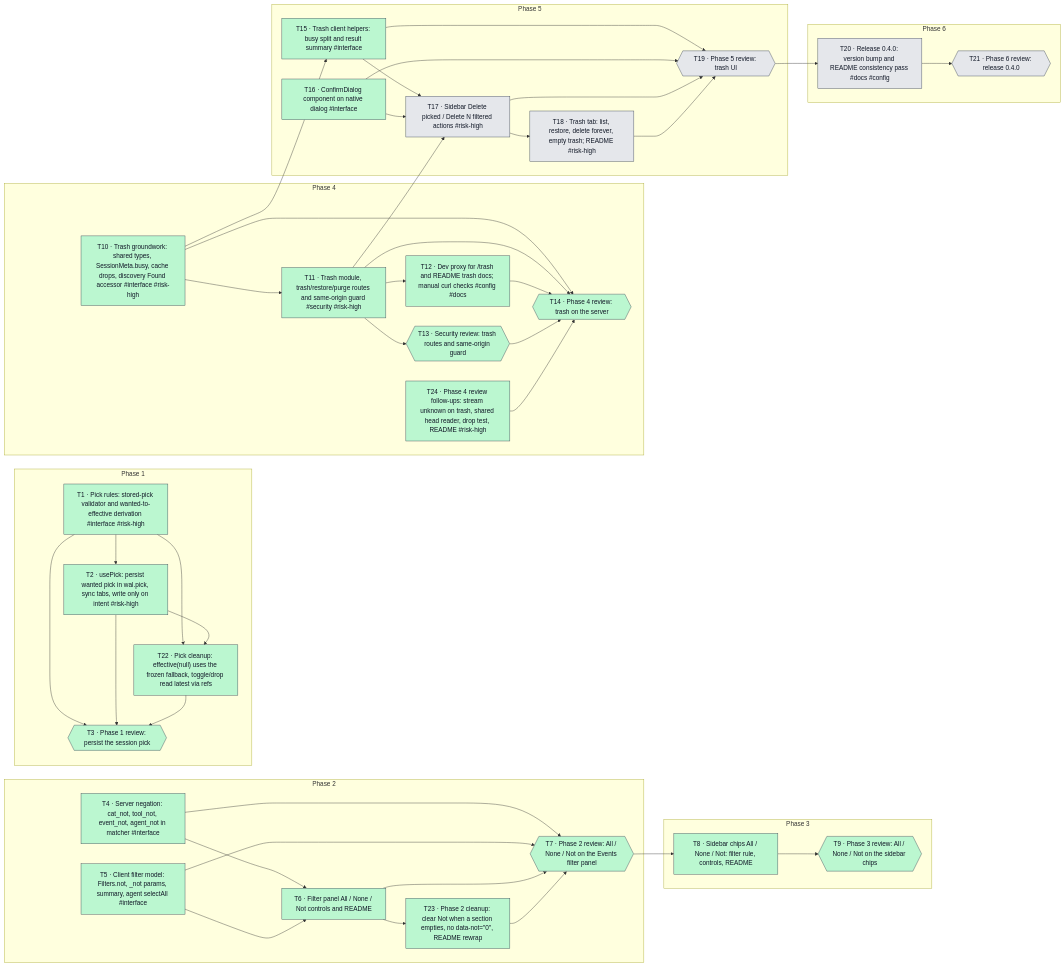
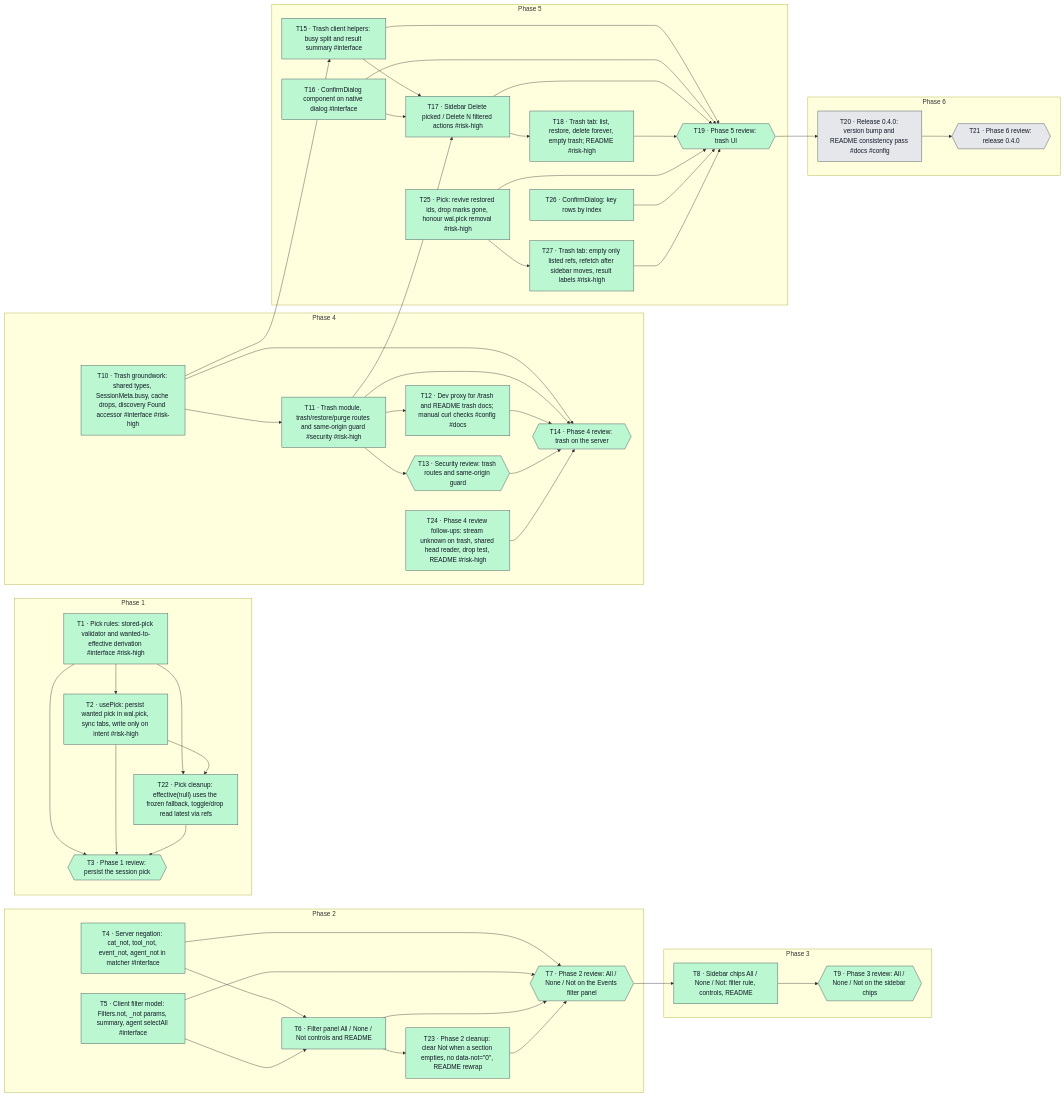
One commit to raqs31/claude-wal-session-viewer changed the diagram in .ai/changes/wal-observer-pick-persist-trash-filter-negation/graph.mmd. Above: the diagram before and after it, drawn with Mermaid. The commit also changed 23 other files, not shown here.

First line of the commit message:
feat(web): delete sessions to trash from the sidebar, Trash tab

```diff
--- a/.ai/changes/wal-observer-pick-persist-trash-filter-negation/graph.mmd
+++ b/.ai/changes/wal-observer-pick-persist-trash-filter-negation/graph.mmd
@@ -1,102 +1,112 @@
 flowchart LR
   classDef todo fill:#e5e7eb,stroke:#374151,color:#111827
   classDef in_progress fill:#bfdbfe,stroke:#374151,color:#111827
   classDef review fill:#ddd6fe,stroke:#374151,color:#111827
   classDef blocked fill:#fecaca,stroke:#374151,color:#111827
   classDef user_review fill:#fde68a,stroke:#374151,color:#111827
   classDef done fill:#bbf7d0,stroke:#374151,color:#111827
   classDef declined fill:#f3f4f6,stroke:#374151,color:#111827
   subgraph phase_1["Phase 1"]
     T1["T1 · Pick rules: stored-pick validator and wanted-to-effective derivation #interface #risk-high"]
     T2["T2 · usePick: persist wanted pick in wal.pick, sync tabs, write only on intent #risk-high"]
     T3{{"T3 · Phase 1 review: persist the session pick"}}
     T22["T22 · Pick cleanup: effective(null) uses the frozen fallback, toggle/drop read latest via refs"]
   end
   subgraph phase_2["Phase 2"]
     T4["T4 · Server negation: cat_not, tool_not, event_not, agent_not in matcher #interface"]
     T5["T5 · Client filter model: Filters.not, _not params, summary, agent selectAll #interface"]
     T6["T6 · Filter panel All / None / Not controls and README"]
     T7{{"T7 · Phase 2 review: All / None / Not on the Events filter panel"}}
     T23["T23 · Phase 2 cleanup: clear Not when a section empties, no data-not=#quot;0#quot;, README rewrap"]
   end
   subgraph phase_3["Phase 3"]
     T8["T8 · Sidebar chips All / None / Not: filter rule, controls, README"]
     T9{{"T9 · Phase 3 review: All / None / Not on the sidebar chips"}}
   end
   subgraph phase_4["Phase 4"]
     T10["T10 · Trash groundwork: shared types, SessionMeta.busy, cache drops, discovery Found accessor #interface #risk-high"]
     T11["T11 · Trash module, trash/restore/purge routes and same-origin guard #security #risk-high"]
     T12["T12 · Dev proxy for /trash and README trash docs; manual curl checks #config #docs"]
     T13{{"T13 · Security review: trash routes and same-origin guard"}}
     T14{{"T14 · Phase 4 review: trash on the server"}}
     T24["T24 · Phase 4 review follow-ups: stream unknown on trash, shared head reader, drop test, README #risk-high"]
   end
   subgraph phase_5["Phase 5"]
     T15["T15 · Trash client helpers: busy split and result summary #interface"]
     T16["T16 · ConfirmDialog component on native dialog #interface"]
     T17["T17 · Sidebar Delete picked / Delete N filtered actions #risk-high"]
     T18["T18 · Trash tab: list, restore, delete forever, empty trash; README #risk-high"]
     T19{{"T19 · Phase 5 review: trash UI"}}
+    T25["T25 · Pick: revive restored ids, drop marks gone, honour wal.pick removal #risk-high"]
+    T26["T26 · ConfirmDialog: key rows by index"]
+    T27["T27 · Trash tab: empty only listed refs, refetch after sidebar moves, result labels #risk-high"]
   end
   subgraph phase_6["Phase 6"]
     T20["T20 · Release 0.4.0: version bump and README consistency pass #docs #config"]
     T21{{"T21 · Phase 6 review: release 0.4.0"}}
   end
   T1 --> T2
   T1 --> T3
   T1 --> T22
   T2 --> T3
   T2 --> T22
   T4 --> T6
   T4 --> T7
   T5 --> T6
   T5 --> T7
   T6 --> T7
   T6 --> T23
   T7 --> T8
   T8 --> T9
   T10 --> T11
   T10 --> T14
   T10 --> T15
   T11 --> T12
   T11 --> T13
   T11 --> T14
   T11 --> T17
   T12 --> T14
   T13 --> T14
   T15 --> T17
   T15 --> T19
   T16 --> T17
   T16 --> T19
   T17 --> T18
   T17 --> T19
   T18 --> T19
   T19 --> T20
   T20 --> T21
   T22 --> T3
   T23 --> T7
   T24 --> T14
+  T25 --> T19
+  T25 --> T27
+  T26 --> T19
+  T27 --> T19
   class T1 done
   class T2 done
   class T3 done
   class T4 done
   class T5 done
   class T6 done
   class T7 done
   class T8 done
   class T9 done
   class T10 done
   class T11 done
   class T12 done
   class T13 done
   class T14 done
   class T15 done
   class T16 done
-  class T17 todo
-  class T18 todo
-  class T19 todo
+  class T17 done
+  class T18 done
+  class T19 done
   class T20 todo
   class T21 todo
   class T22 done
   class T23 done
   class T24 done
+  class T25 done
+  class T26 done
+  class T27 done
```
